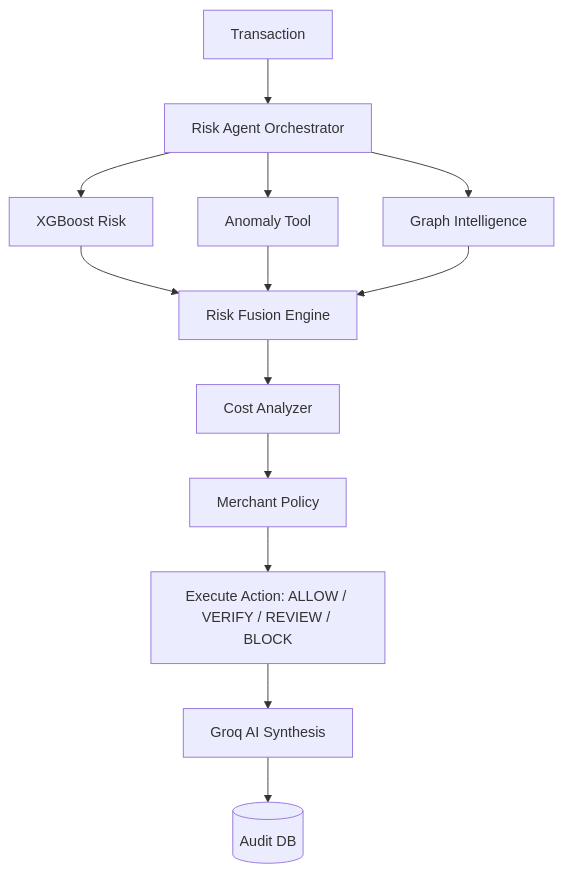
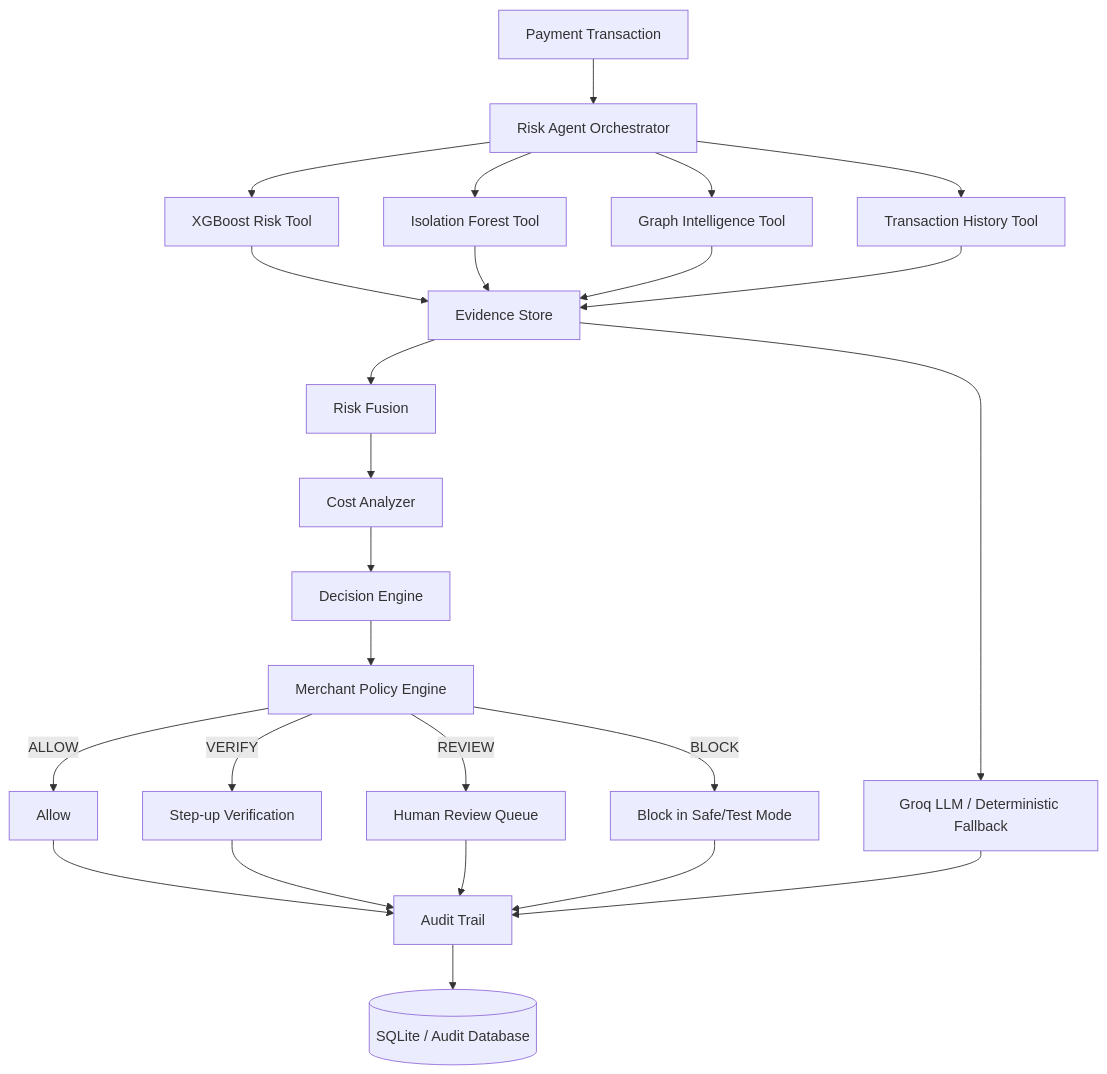
Before and after one commit to Kriti-kumari221/AI_Risk: the diagram in README.md, drawn with Mermaid. The commit also changed other lines of this file, not shown here.

Commit message:
docs: Restore detailed architecture in README while removing repetition

````diff
--- a/README.md
+++ b/README.md
@@ -35,11 +24,26 @@
 ```mermaid
 graph TD
-    TX[Transaction] --> Agent[Risk Agent Orchestrator]
-    Agent --> XGB[XGBoost Risk]
-    Agent --> Anom[Anomaly Tool]
-    Agent --> Graph[Graph Intelligence]
-    XGB & Anom & Graph --> Fusion[Risk Fusion Engine]
-    Fusion --> Cost[Cost Analyzer] --> Policy[Merchant Policy]
-    Policy --> Action[Execute Action: ALLOW / VERIFY / REVIEW / BLOCK]
-    Action --> Groq[Groq AI Synthesis] --> Audit[(Audit DB)]
+    TX[Payment Transaction] --> AG[Risk Agent Orchestrator]
+
+    AG --> XGB[XGBoost Risk Tool]
+    AG --> AN[Isolation Forest Tool]
+    AG --> GR[Graph Intelligence Tool]
+    AG --> HI[Transaction History Tool]
+
+    XGB & AN & GR & HI --> EV[Evidence Store]
+
+    EV --> FU[Risk Fusion]
+    FU --> CO[Cost Analyzer]
+    CO --> DE[Decision Engine]
+    DE --> PO[Merchant Policy Engine]
+
+    PO -->|ALLOW| AL[Allow]
+    PO -->|VERIFY| VE[Step-up Verification]
+    PO -->|REVIEW| RV[Human Review Queue]
+    PO -->|BLOCK| BL[Block in Safe/Test Mode]
+
+    AL & VE & RV & BL --> AU[Audit Trail]
+    EV --> LLM[Groq LLM / Deterministic Fallback] --> AU
+
+    AU --> DB[(SQLite / Audit Database)]
 ```
````
